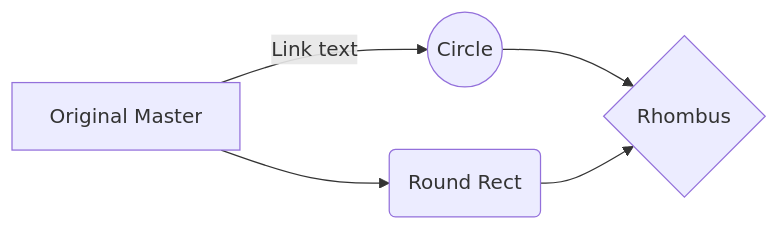
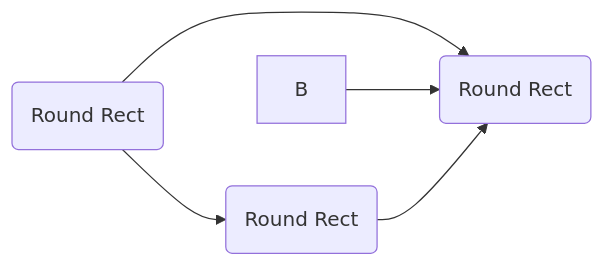
Before and after one commit to john-telfeyan/self-paced-python-for-data-science: the diagram in README.md, drawn with Mermaid. The commit also changed other lines of this file, not shown here.

Commit message:
README.md updated from https://stackedit.io/

````diff
--- a/README.md
+++ b/README.md
@@ -32,7 +32,7 @@
 ```mermaid
 graph LR
-A[Original Master] -- Link text --> B((Circle))
+A(Round Rect) --> D(Round Rect)
 A --> C(Round Rect)
-B --> D{Rhombus}
+B --> D(Round Rect)
 C --> D
 ```
````
